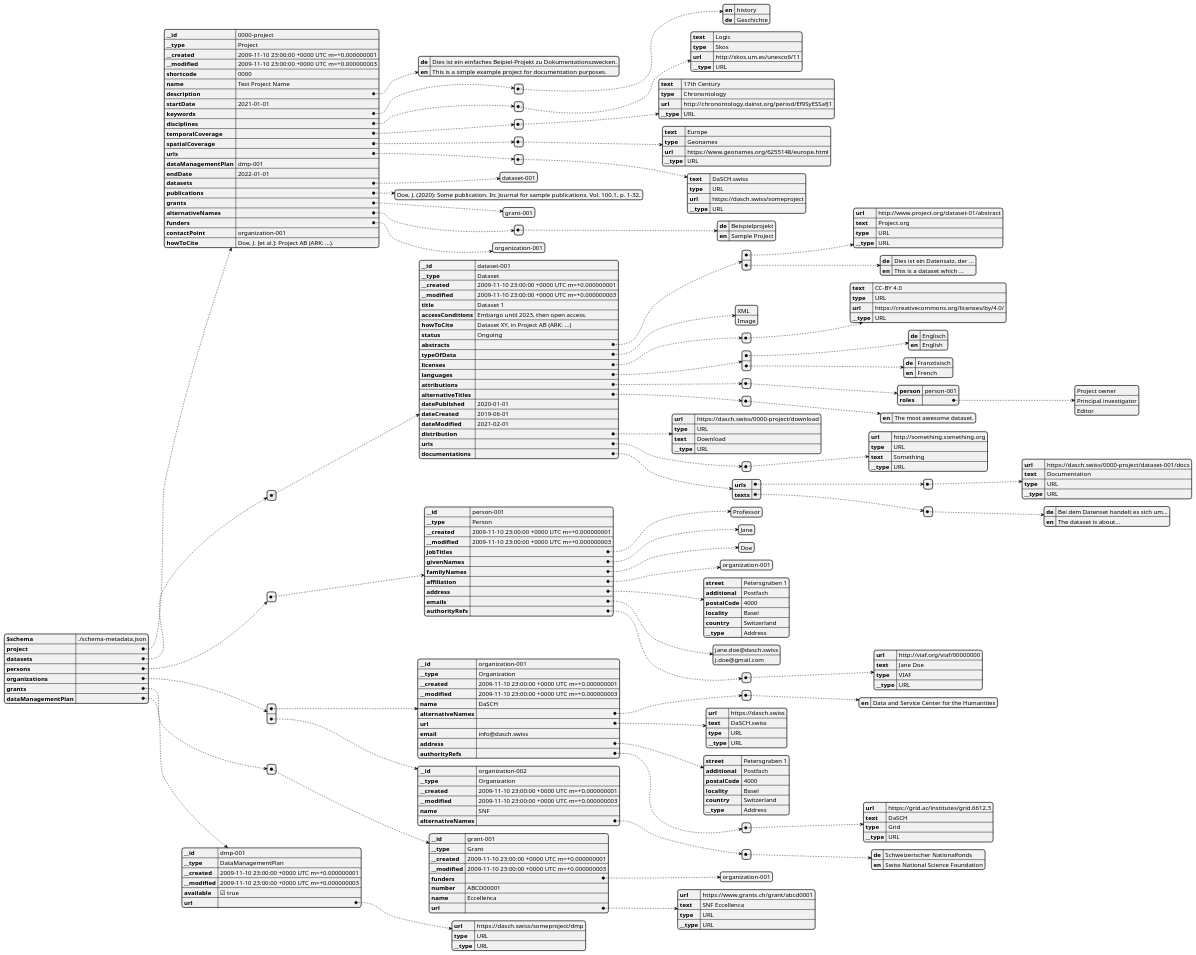
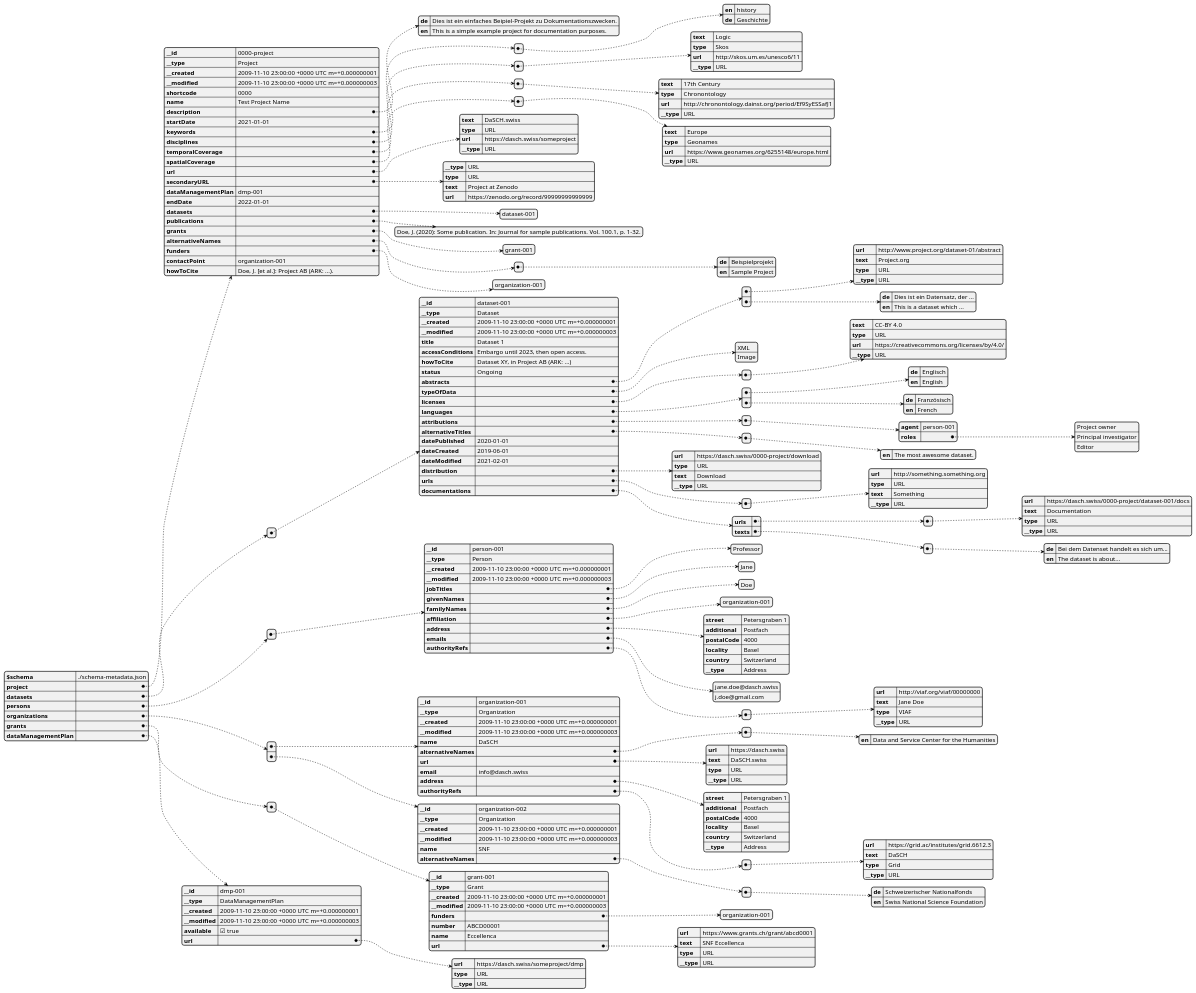
One commit to dasch-swiss/dsp-meta-svc changed the diagram in docs/services/metadata/api-example.puml. Above: the diagram before and after it, drawn with PlantUML. The commit also changed 5 other files, not shown here.

```diff
--- a/docs/services/metadata/api-example.puml
+++ b/docs/services/metadata/api-example.puml
@@ -44,14 +44,18 @@
         "__type": "URL"
       }
     ],
-    "urls": [
-      {
-        "text": "DaSCH.swiss",
-        "type": "URL",
-        "url": "https://dasch.swiss/someproject",
-        "__type": "URL"
-      }
-    ],
+    "url": {
+      "text": "DaSCH.swiss",
+      "type": "URL",
+      "url": "https://dasch.swiss/someproject",
+      "__type": "URL"
+    },
+    "secondaryURL": {
+      "__type": "URL",
+      "type": "URL",
+      "text": "Project at Zenodo",
+      "url": "https://zenodo.org/record/99999999999999"
+    },
     "dataManagementPlan": "dmp-001",
     "endDate": "2022-01-01",
     "datasets": [
@@ -121,7 +125,7 @@
       ],
       "attributions": [
         {
-          "person": "person-001",
+          "agent": "person-001",
           "roles": [
             "Project owner",
             "Principal investigator",
@@ -294,4 +298,5 @@
 
 
 
+
 @endjson
```
